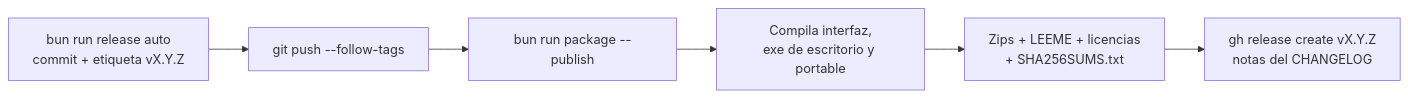
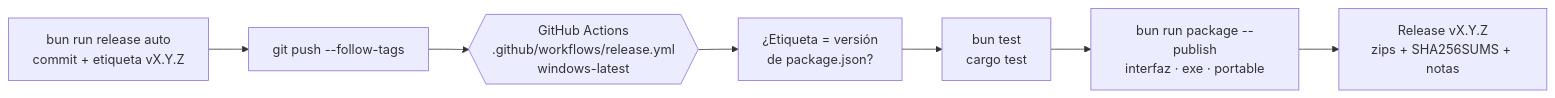
One commit to hernansp08-hub/TesseraFS changed the diagram in docs/VERSIONES.md. Above: the diagram before and after it, drawn with Mermaid. The commit also changed other lines of this file and 4 other files, not shown here.

````diff
--- a/docs/VERSIONES.md
+++ b/docs/VERSIONES.md
@@ -68,8 +75,9 @@
 ```mermaid
 flowchart LR
     R["bun run release auto<br/>commit + etiqueta vX.Y.Z"] --> P["git push --follow-tags"]
-    P --> K["bun run package --publish"]
-    K --> B["Compila interfaz,<br/>exe de escritorio y portable"]
-    B --> Z["Zips + LEEME + licencias<br/>+ SHA256SUMS.txt"]
-    Z --> G["gh release create vX.Y.Z<br/>notas del CHANGELOG"]
+    P --> A{{"GitHub Actions<br/>.github/workflows/release.yml<br/>windows-latest"}}
+    A --> C["¿Etiqueta = versión<br/>de package.json?"]
+    C --> T["bun test<br/>cargo test"]
+    T --> B["bun run package --publish<br/>interfaz · exe · portable"]
+    B --> G["Release vX.Y.Z<br/>zips + SHA256SUMS + notas"]
 ```
````
